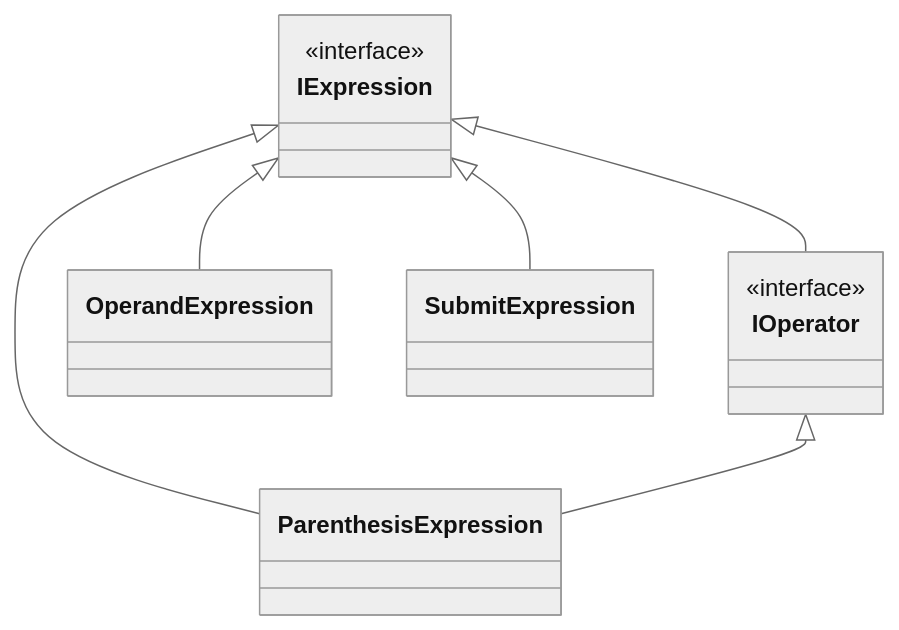
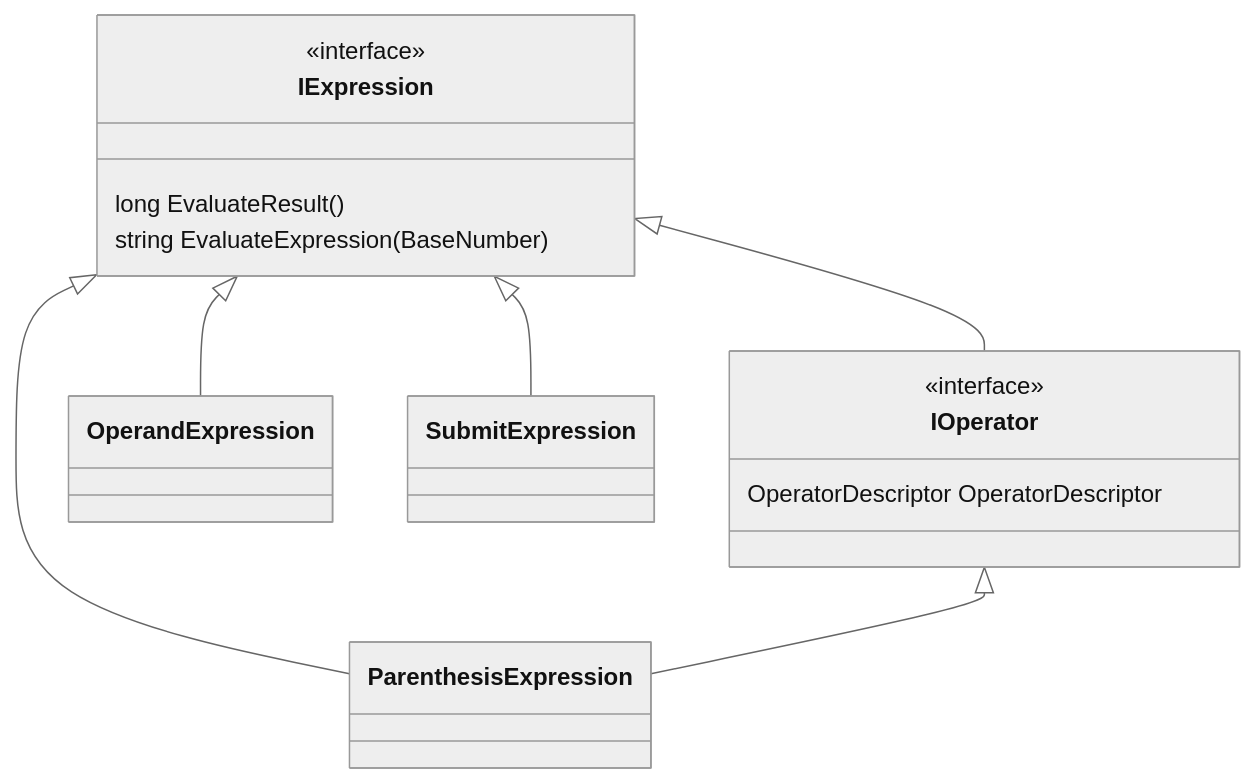
The fourth of 4 diagrams in README.md (munyeongseok/MSProgrammerCalculator), drawn with Mermaid (neutral theme) before and after one commit. The commit also changed other lines of this file, not shown here.

````diff
--- a/README.md
+++ b/README.md
@@ -64,10 +73,13 @@
 ```mermaid
 classDiagram
     IExpression <|-- IOperator
     IExpression <|-- OperandExpression
     IExpression <|-- SubmitExpression
     IExpression <|-- ParenthesisExpression
     IOperator <|-- ParenthesisExpression
     <<interface>> IExpression
+    IExpression : long EvaluateResult()
+    IExpression : string EvaluateExpression(BaseNumber)
     <<interface>> IOperator
+    IOperator : OperatorDescriptor OperatorDescriptor
 ```
````
